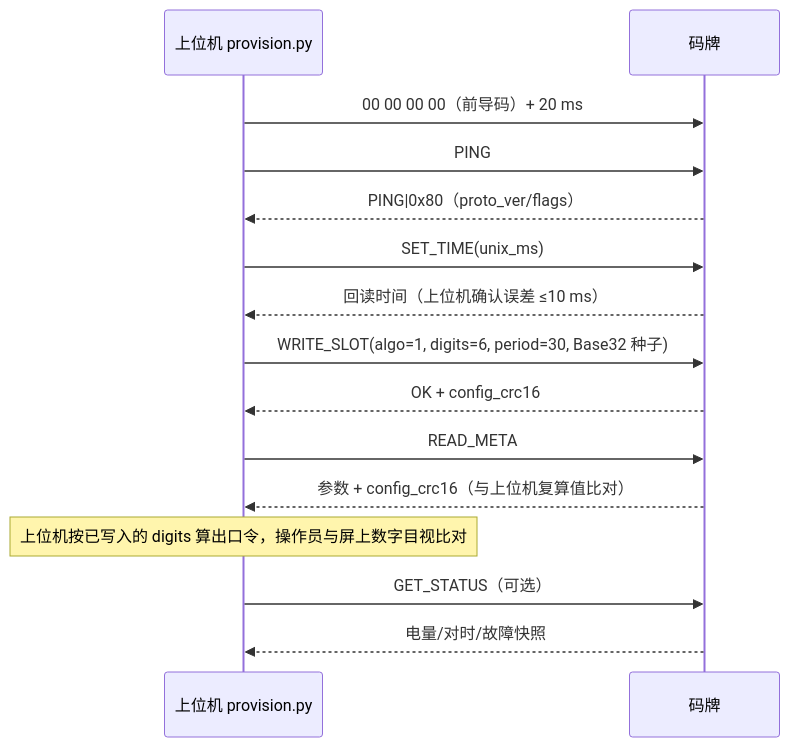
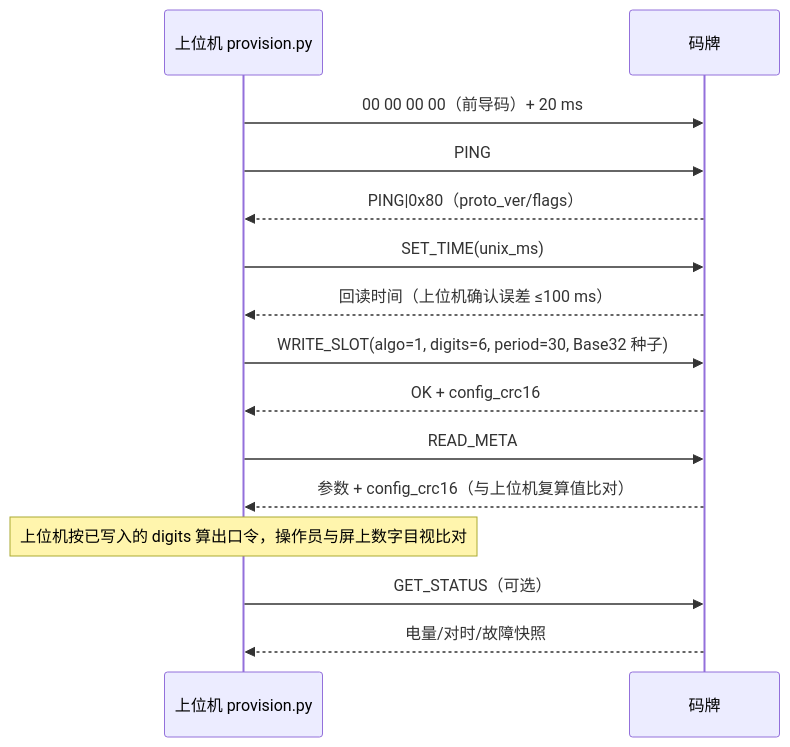
One commit to misaka19465/totp changed the second of 2 diagrams in docs/serial-protocol.md. Above: the diagram before and after it, drawn with Mermaid. The commit also changed other lines of this file and 14 other files, not shown here.

````diff
--- a/docs/serial-protocol.md
+++ b/docs/serial-protocol.md
@@ -358,17 +368,17 @@
 ```mermaid
 sequenceDiagram
     participant H as 上位机 provision.py
     participant D as 码牌
     H->>D: 00 00 00 00（前导码）+ 20 ms
     H->>D: PING
     D-->>H: PING|0x80（proto_ver/flags）
     H->>D: SET_TIME(unix_ms)
-    D-->>H: 回读时间（上位机确认误差 ≤10 ms）
+    D-->>H: 回读时间（上位机确认误差 ≤100 ms）
     H->>D: WRITE_SLOT(algo=1, digits=6, period=30, Base32 种子)
     D-->>H: OK + config_crc16
     H->>D: READ_META
     D-->>H: 参数 + config_crc16（与上位机复算值比对）
     Note over H: 上位机按已写入的 digits 算出口令，操作员与屏上数字目视比对
     H->>D: GET_STATUS（可选）
     D-->>H: 电量/对时/故障快照
 ```
````
